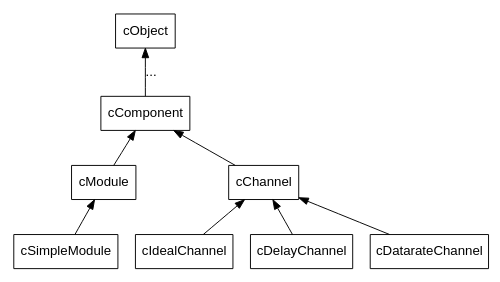
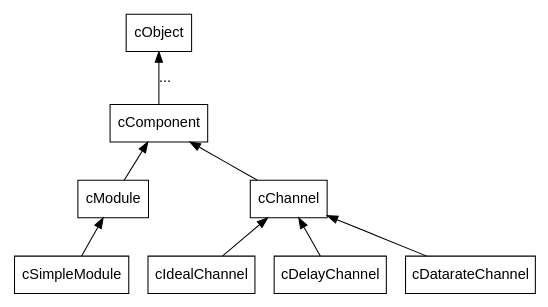
Before and after one commit to omnetpp/omnetpp: the diagram in doc/src/manual/figures/component-inheritance.dot, drawn with Graphviz. The commit also changed 8 other files, not shown here.

First line of the commit message:
usman: Fine tuned graphviz figure sizes.

```diff
--- a/doc/src/manual/figures/component-inheritance.dot
+++ b/doc/src/manual/figures/component-inheritance.dot
@@ -1,16 +1,16 @@
 digraph g {
-        fontsize=12; size="5,5";
+        fontsize=12; size="5.5,5.5";
         node [fontname="Arial"];
         edge [fontname="Arial"];
 
         node [shape = "rectangle"];
         edge [dir = "back"];
 
         cObject -> cComponent [label="..."];
         cComponent -> cModule;
         cComponent -> cChannel;
         cModule -> cSimpleModule;
         cChannel -> cIdealChannel;
         cChannel -> cDelayChannel;
         cChannel -> cDatarateChannel;
 }
```
